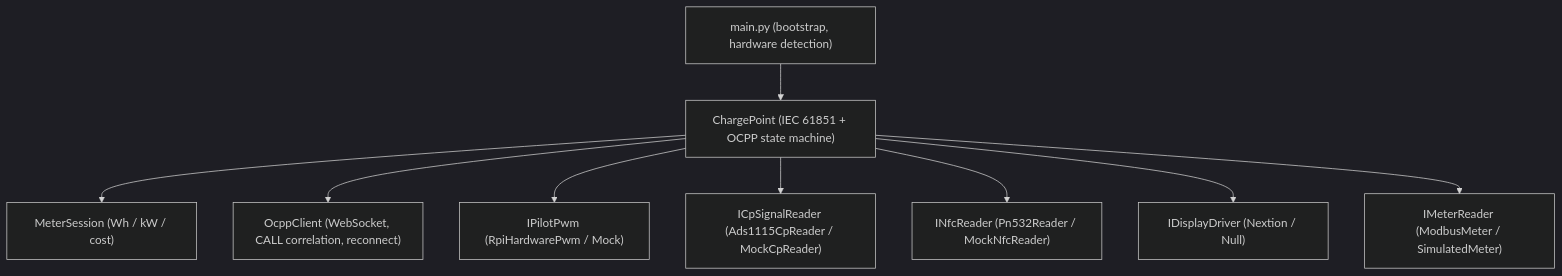
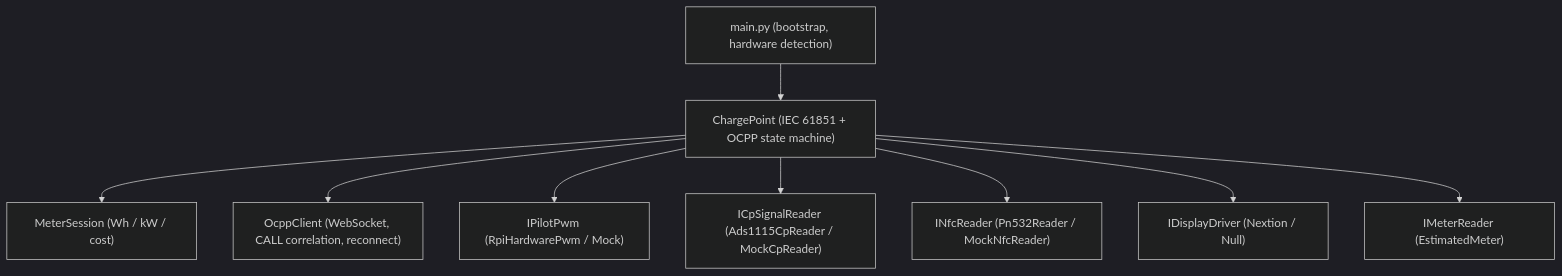
The diagram in README.md (hasanyildiz12/ocpp-evse-charger-sim), drawn with Mermaid (dark theme) before and after one commit. The commit also changed other lines of this file and 11 other files, not shown here.

First line of the commit message:
feat: drop the Modbus meter and estimate energy from the pilot current

````diff
--- a/README.md
+++ b/README.md
@@ -51,11 +55,11 @@
 ```mermaid
 graph TD
     A["main.py (bootstrap, hardware detection)"] --> B["ChargePoint (IEC 61851 + OCPP state machine)"]
     B --> C["MeterSession (Wh / kW / cost)"]
     B --> E["OcppClient (WebSocket, CALL correlation, reconnect)"]
     B --> P["IPilotPwm (RpiHardwarePwm / Mock)"]
     B --> I["ICpSignalReader (Ads1115CpReader / MockCpReader)"]
     B --> N["INfcReader (Pn532Reader / MockNfcReader)"]
     B --> G["IDisplayDriver (Nextion / Null)"]
-    B --> H["IMeterReader (ModbusMeter / SimulatedMeter)"]
+    B --> H["IMeterReader (EstimatedMeter)"]
 ```
````
